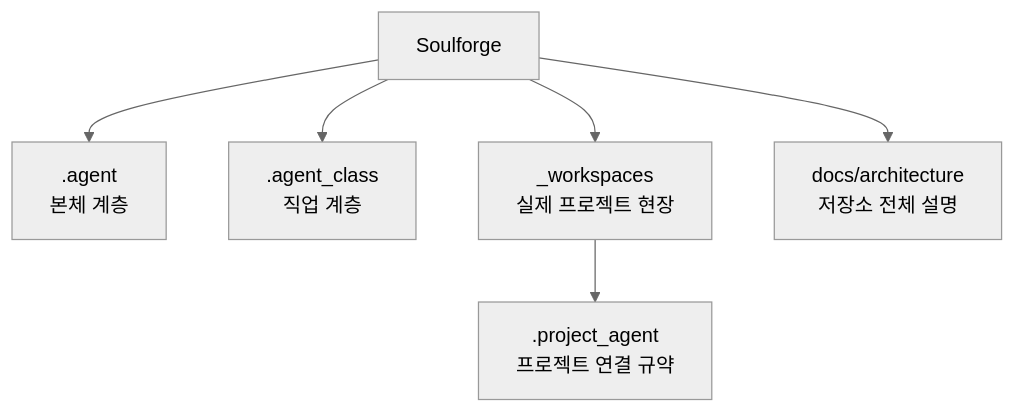
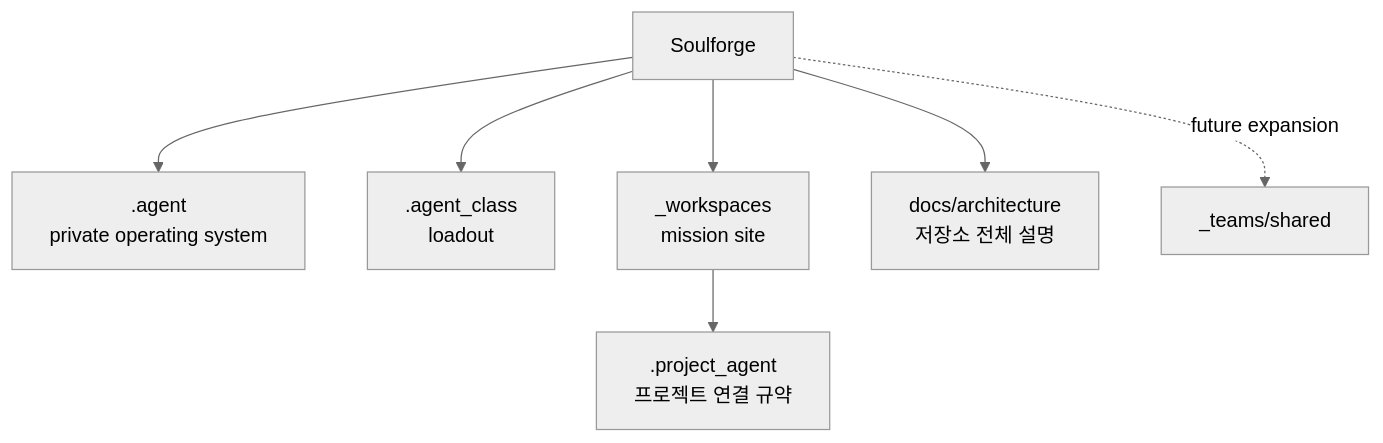
The diagram in docs/architecture/REPOSITORY_PURPOSE.md (SungYongMOON/soulforge), drawn with Mermaid (neutral theme) before and after one commit. The commit also changed other lines of this file and 22 other files, not shown here.

````diff
--- a/docs/architecture/REPOSITORY_PURPOSE.md
+++ b/docs/architecture/REPOSITORY_PURPOSE.md
@@ -13,8 +28,9 @@
 ```mermaid
 flowchart TD
-  S["Soulforge"] --> B[".agent<br/>본체 계층"]
-  S --> C[".agent_class<br/>직업 계층"]
-  S --> W["_workspaces<br/>실제 프로젝트 현장"]
+  S["Soulforge"] --> B[".agent<br/>private operating system"]
+  S --> C[".agent_class<br/>loadout"]
+  S --> W["_workspaces<br/>mission site"]
   W --> P[".project_agent<br/>프로젝트 연결 규약"]
   S --> D["docs/architecture<br/>저장소 전체 설명"]
+  S -. "future expansion" .-> T["_teams/shared"]
 ```
````
